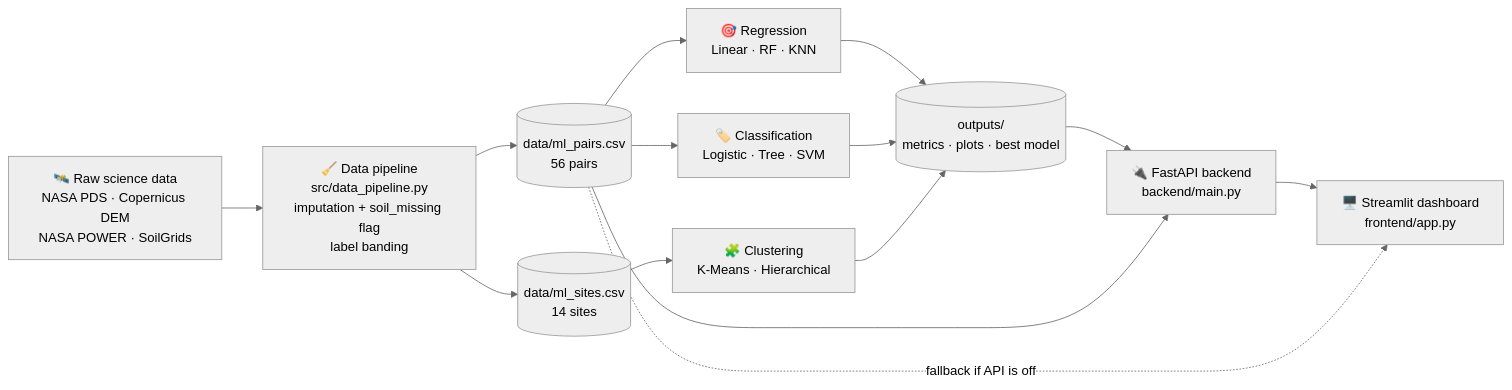
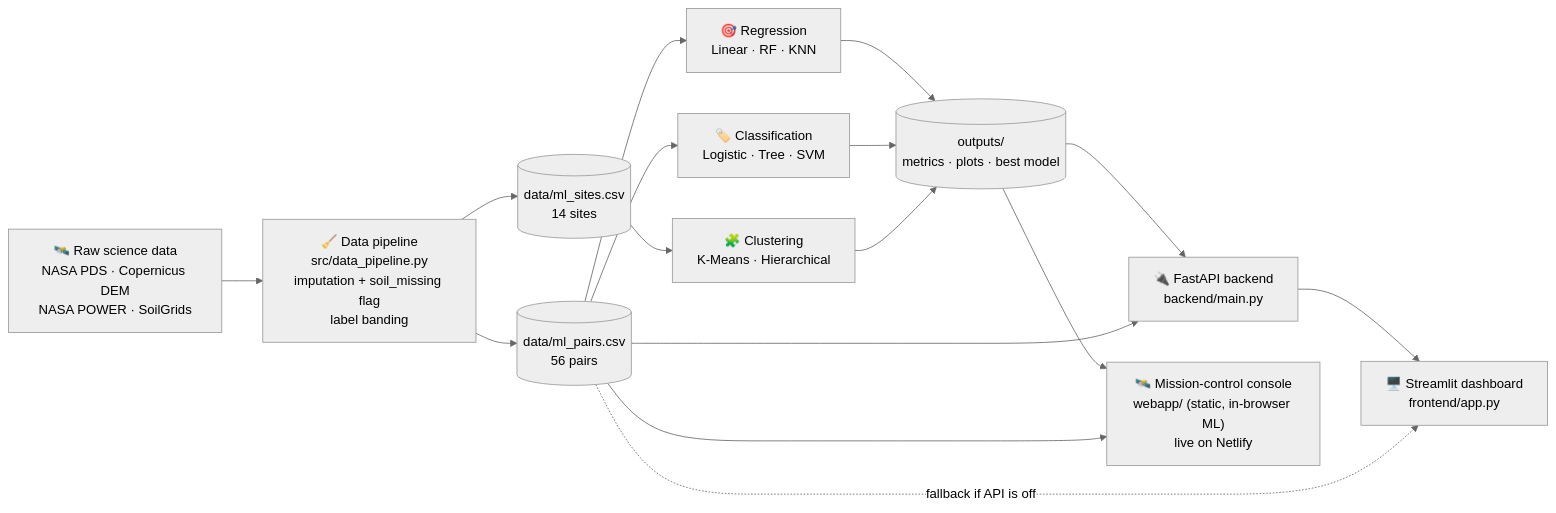
Before and after one commit to maryamsohail32/atlas-ml-cca: the diagram in README.md, drawn with Mermaid (neutral theme). The commit also changed other lines of this file, not shown here.

````diff
--- a/README.md
+++ b/README.md
@@ -155,16 +216,18 @@
 ```mermaid
 flowchart LR
     A["🛰️ Raw science data<br>NASA PDS · Copernicus DEM<br>NASA POWER · SoilGrids"] --> B["🧹 Data pipeline<br>src/data_pipeline.py<br>imputation + soil_missing flag<br>label banding"]
     B --> C1[("data/ml_pairs.csv<br>56 pairs")]
     B --> C2[("data/ml_sites.csv<br>14 sites")]
     C1 --> D1["🎯 Regression<br>Linear · RF · KNN"]
     C1 --> D2["🏷️ Classification<br>Logistic · Tree · SVM"]
     C2 --> D3["🧩 Clustering<br>K-Means · Hierarchical"]
     D1 --> E[("outputs/<br>metrics · plots · best model")]
     D2 --> E
     D3 --> E
     E --> F["🔌 FastAPI backend<br>backend/main.py"]
     C1 --> F
     F --> G["🖥️ Streamlit dashboard<br>frontend/app.py"]
     C1 -. "fallback if API is off" .-> G
+    E --> H["🛰️ Mission-control console<br>webapp/ (static, in-browser ML)<br>live on Netlify"]
+    C1 --> H
 ```
````
